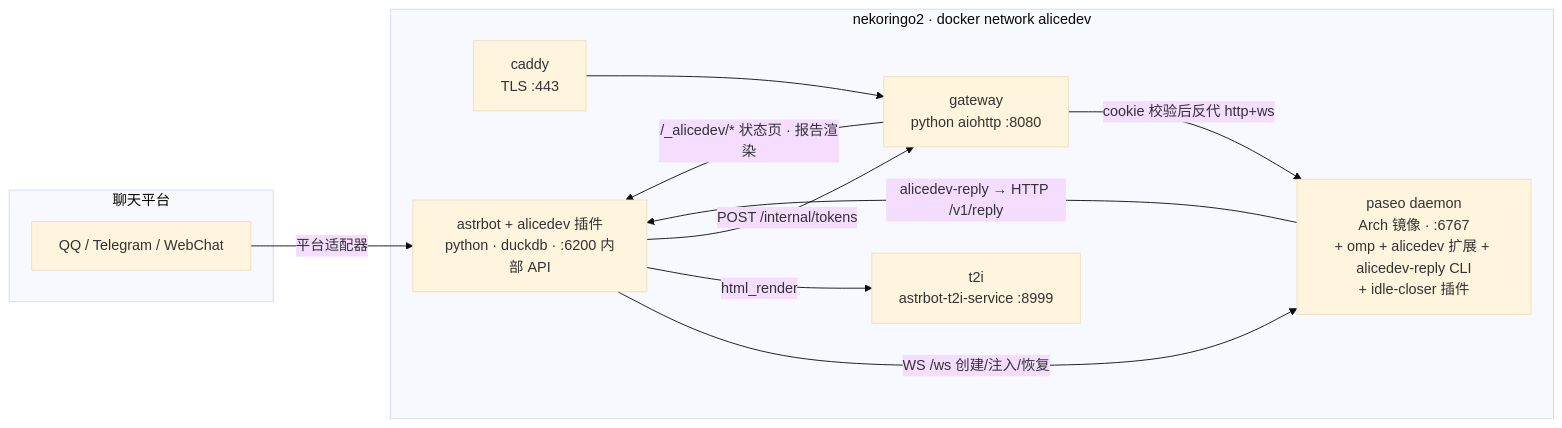
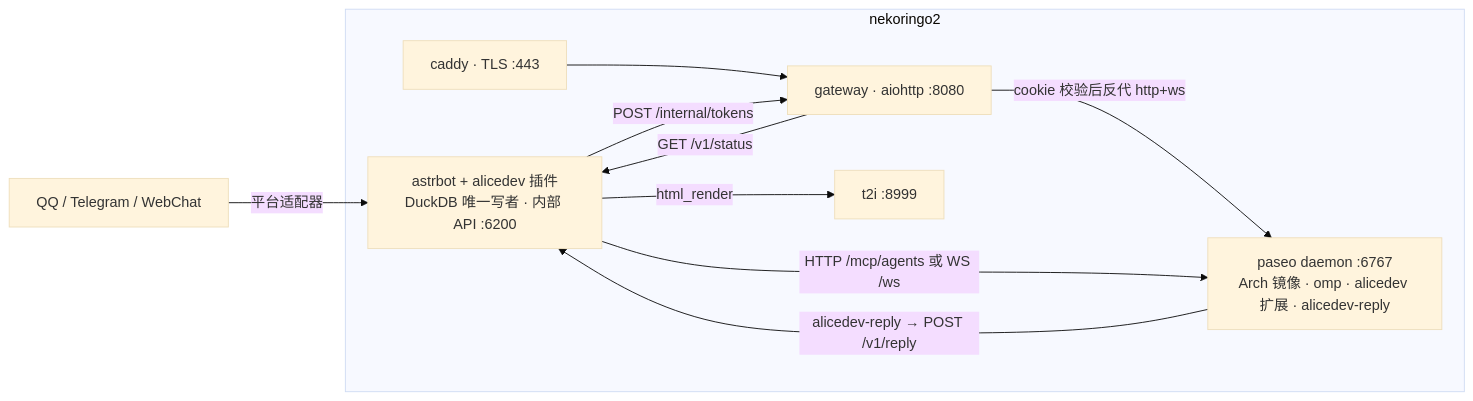
One commit to mouriya-s-lab/alicedev changed the first of 2 diagrams in ARCHITECTURE.md. Above: the diagram before and after it, drawn with Mermaid (base theme). The commit also changed other lines of this file and 18 other files, not shown here.

````diff
--- a/ARCHITECTURE.md
+++ b/ARCHITECTURE.md
@@ -11,21 +11,14 @@
 ```mermaid
 flowchart LR
-  subgraph chat[聊天平台]
-    QQ[QQ / Telegram / WebChat]
+  QQ[QQ / Telegram / WebChat] -->|平台适配器| astr
+  subgraph host[nekoringo2]
+    caddy[caddy · TLS :443] --> gw[gateway · aiohttp :8080]
+    gw -->|cookie 校验后反代 http+ws| paseo
+    gw -->|GET /v1/status| astr
+    astr[astrbot + alicedev 插件<br/>DuckDB 唯一写者 · 内部 API :6200]
+    astr -->|HTTP /mcp/agents 或 WS /ws| paseo[paseo daemon :6767<br/>Arch 镜像 · omp · alicedev 扩展 · alicedev-reply]
+    paseo -->|alicedev-reply → POST /v1/reply| astr
+    astr -->|html_render| t2i[t2i :8999]
+    astr -->|POST /internal/tokens| gw
   end
-  subgraph host[nekoringo2 · docker network alicedev]
-    caddy[caddy<br/>TLS :443]
-    gw[gateway<br/>python aiohttp :8080]
-    astr[astrbot + alicedev 插件<br/>python · duckdb · :6200 内部 API]
-    t2i[t2i<br/>astrbot-t2i-service :8999]
-    paseo[paseo daemon<br/>Arch 镜像 · :6767<br/>+ omp + alicedev 扩展 + alicedev-reply CLI<br/>+ idle-closer 插件]
-  end
-  QQ -->|平台适配器| astr
-  astr -->|WS /ws 创建/注入/恢复| paseo
-  paseo -->|alicedev-reply → HTTP /v1/reply| astr
-  astr -->|html_render| t2i
-  astr -->|POST /internal/tokens| gw
-  caddy --> gw
-  gw -->|cookie 校验后反代 http+ws| paseo
-  gw -->|/_alicedev/* 状态页 · 报告渲染| astr
 ```
````
